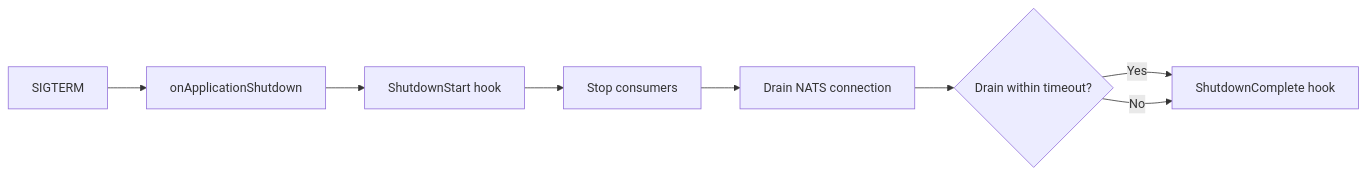
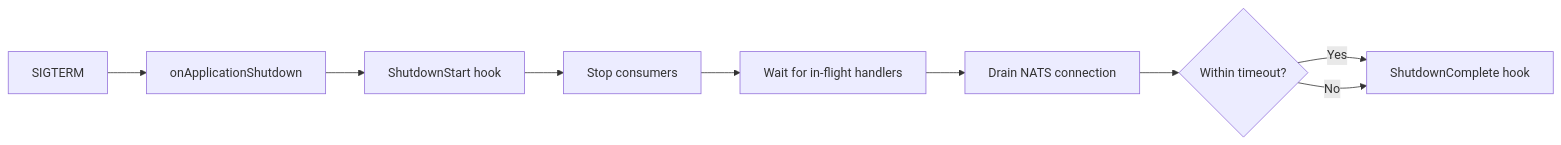
The diagram in website/docs/guides/graceful-shutdown.md (HorizonRepublic/nestjs-jetstream), drawn with Mermaid before and after one commit. The commit also changed other lines of this file and 31 other files, not shown here.

First line of the commit message:
fix(server): settle in-flight work on shutdown and harden the connection lifecycle (#273)

````diff
--- a/website/docs/guides/graceful-shutdown.md
+++ b/website/docs/guides/graceful-shutdown.md
@@ -42,10 +43,11 @@
 ```mermaid
 flowchart LR
     A[SIGTERM] --> B[onApplicationShutdown]
     B --> C[ShutdownStart hook]
     C --> D[Stop consumers]
-    D --> E[Drain NATS connection]
-    E --> F{Drain within timeout?}
-    F -- Yes --> G[ShutdownComplete hook]
-    F -- No --> G
+    D --> E[Wait for in-flight handlers]
+    E --> F[Drain NATS connection]
+    F --> G{Within timeout?}
+    G -- Yes --> H[ShutdownComplete hook]
+    G -- No --> H
 ```
````
